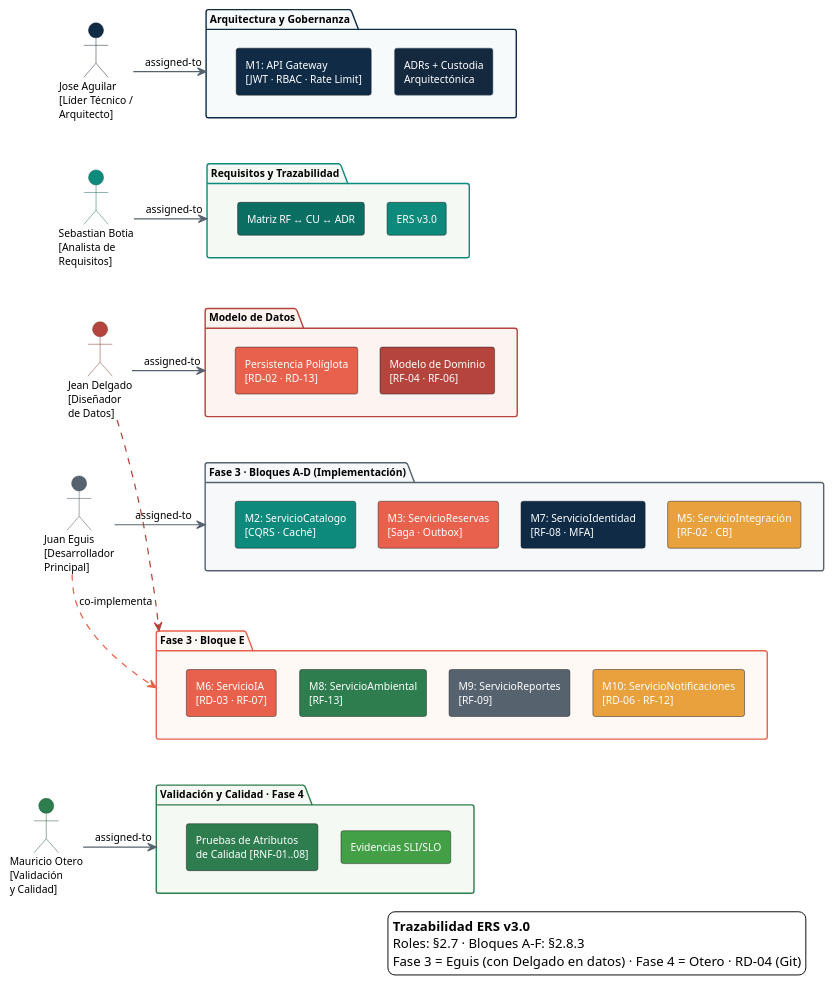
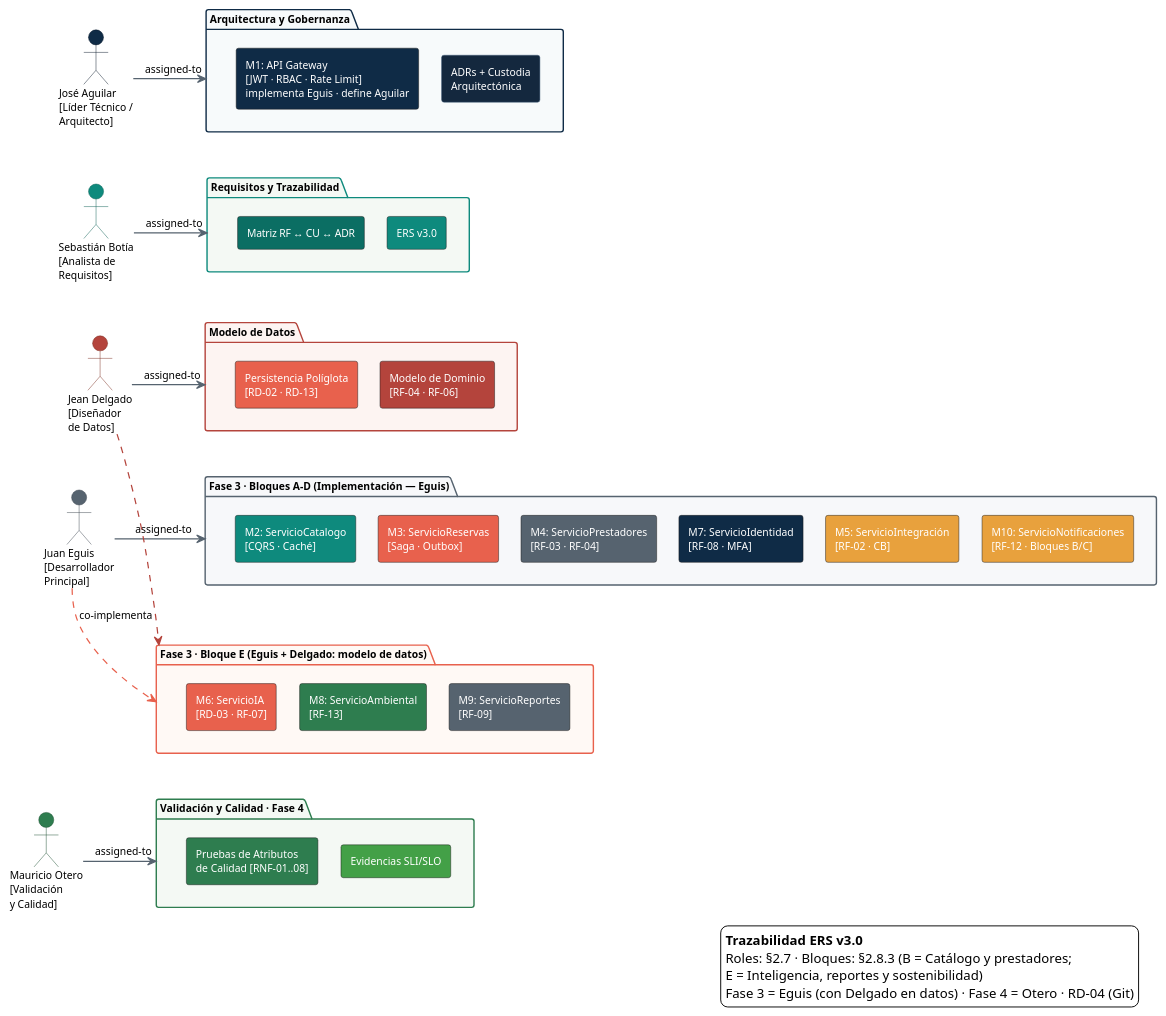
One commit to ENDERSOUL5/VitasSantaMarta changed the diagram in diagrams/D2_3b_trabajo.puml. Above: the diagram before and after it, drawn with PlantUML.

```diff
--- a/diagrams/D2_3b_trabajo.puml
+++ b/diagrams/D2_3b_trabajo.puml
@@ -1,94 +1,99 @@
 @startuml D2_3b_trabajo
 ' Figura 2.3b — Vista de Asignación de Trabajo: módulos -> responsables
 ' según los roles del ERS VITASMARTA v3.0 (sección 2.7) y el plan por
-' bloques de la sección 2.8.3.
+' bloques de la sección 2.8.3. Bloque B = «Catálogo y prestadores» (M4
+' incluido); RF-12 vive en los Bloques B/C; Bloque E = Inteligencia,
+' reportes y sostenibilidad (M6, M8, M9).
 skinparam backgroundColor #FFFFFF
 skinparam shadowing false
 skinparam defaultFontSize 11
 skinparam ArrowColor #56636F
 skinparam ArrowThickness 1.3
 skinparam nodesep 24
 skinparam ranksep 36
 skinparam packagePadding 10
 
-actor "Jose Aguilar\n[Líder Técnico /\nArquitecto]" as JA #0F2B46;line:0B1B2C
-actor "Sebastian Botia\n[Analista de\nRequisitos]" as SB #0E8A7D;line:0B5E55
+actor "José Aguilar\n[Líder Técnico /\nArquitecto]" as JA #0F2B46;line:0B1B2C
+actor "Sebastián Botía\n[Analista de\nRequisitos]" as SB #0E8A7D;line:0B5E55
 actor "Jean Delgado\n[Diseñador\nde Datos]" as JD #B4443C;line:7A2E20
 actor "Juan Eguis\n[Desarrollador\nPrincipal]" as JE #56636F;line:3C4650
 actor "Mauricio Otero\n[Validación\ny Calidad]" as MO #2E7D4F;line:1C5132
 
 package "Arquitectura y Gobernanza" as PJ1 #F7FAFB;line:0F2B46 {
-  rectangle "M1: API Gateway\n[JWT · RBAC · Rate Limit]" as M1 #0F2B46;text:FFF
+  rectangle "M1: API Gateway\n[JWT · RBAC · Rate Limit]\nimplementa Eguis · define Aguilar" as M1 #0F2B46;text:FFF
   rectangle "ADRs + Custodia\nArquitectónica" as ADR #14283E;text:FFF;line:3C5876
   M1 -[hidden]right- ADR
 }
 
 package "Requisitos y Trazabilidad" as PJ2 #F4F9F4;line:0E8A7D {
   rectangle "Matriz RF ↔ CU ↔ ADR" as TRZ #0B6E63;text:FFF
   rectangle "ERS v3.0" as ERS #0E8A7D;text:FFF
   TRZ -[hidden]right- ERS
 }
 
 package "Modelo de Datos" as PJ3 #FDF4F2;line:B4443C {
   rectangle "Persistencia Políglota\n[RD-02 · RD-13]" as BDD #E8614D;text:FFF
   rectangle "Modelo de Dominio\n[RF-04 · RF-06]" as MDL #B4443C;text:FFF
   BDD -[hidden]right- MDL
 }
 
-package "Fase 3 · Bloques A–D (Implementación)" as PJ4 #F7F8FA;line:56636F {
+package "Fase 3 · Bloques A–D (Implementación — Eguis)" as PJ4 #F7F8FA;line:56636F {
   rectangle "M2: ServicioCatalogo\n[CQRS · Caché]" as M2 #0E8A7D;text:FFF
   rectangle "M3: ServicioReservas\n[Saga · Outbox]" as M3 #E8614D;text:FFF
+  rectangle "M4: ServicioPrestadores\n[RF-03 · RF-04]" as M4 #56636F;text:FFF
   rectangle "M7: ServicioIdentidad\n[RF-08 · MFA]" as M7 #0F2B46;text:FFF
   rectangle "M5: ServicioIntegración\n[RF-02 · CB]" as M5 #E8A13D;text:FFF
+  rectangle "M10: ServicioNotificaciones\n[RF-12 · Bloques B/C]" as M10 #E8A13D;text:FFF
   M2 -[hidden]right- M3
-  M3 -[hidden]right- M7
+  M3 -[hidden]right- M4
+  M4 -[hidden]right- M7
   M7 -[hidden]right- M5
+  M5 -[hidden]right- M10
 }
 
-package "Fase 3 · Bloque E" as BE #FFF9F5;line:E8614D {
+package "Fase 3 · Bloque E (Eguis + Delgado: modelo de datos)" as BE #FFF9F5;line:E8614D {
   rectangle "M6: ServicioIA\n[RD-03 · RF-07]" as M6 #E8614D;text:FFF
   rectangle "M8: ServicioAmbiental\n[RF-13]" as M8 #2E7D4F;text:FFF
   rectangle "M9: ServicioReportes\n[RF-09]" as M9 #56636F;text:FFF
-  rectangle "M10: ServicioNotificaciones\n[RD-06 · RF-12]" as M10 #E8A13D;text:FFF
   M6 -[hidden]right- M8
   M8 -[hidden]right- M9
-  M9 -[hidden]right- M10
 }
 
 package "Validación y Calidad · Fase 4" as PJ5 #F4F9F4;line:2E7D4F {
   rectangle "Pruebas de Atributos\nde Calidad [RNF-01..08]" as VC #2E7D4F;text:FFF
   rectangle "Evidencias SLI/SLO" as EV #43A047;text:FFF
   VC -[hidden]right- EV
 }
 
 JA -right-> PJ1 : assigned-to
 SB -right-> PJ2 : assigned-to
 JD -right-> PJ3 : assigned-to
 JE -right-> PJ4 : assigned-to
 JE .[#E8614D].> BE : «co-implementa»
 JD .[#B4443C].> BE
 MO -right-> PJ5 : assigned-to
 
 JA -[hidden]down- SB
 SB -[hidden]down- JD
 JD -[hidden]down- JE
 JE -[hidden]down- MO
 
 PJ1 -[hidden]down- PJ2
 PJ2 -[hidden]down- PJ3
 PJ3 -[hidden]down- PJ4
 PJ4 -[hidden]down- BE
 BE -[hidden]down- PJ5
 
 PJ1 -[hidden]left- JA
 PJ2 -[hidden]left- SB
 PJ3 -[hidden]left- JD
 PJ4 -[hidden]left- JE
 PJ5 -[hidden]left- MO
 
 legend right
   <b>Trazabilidad ERS v3.0</b>
-  Roles: §2.7 · Bloques A–F: §2.8.3
+  Roles: §2.7 · Bloques: §2.8.3 (B = Catálogo y prestadores;
+  E = Inteligencia, reportes y sostenibilidad)
   Fase 3 = Eguis (con Delgado en datos) · Fase 4 = Otero · RD-04 (Git)
 endlegend
 @enduml
```
